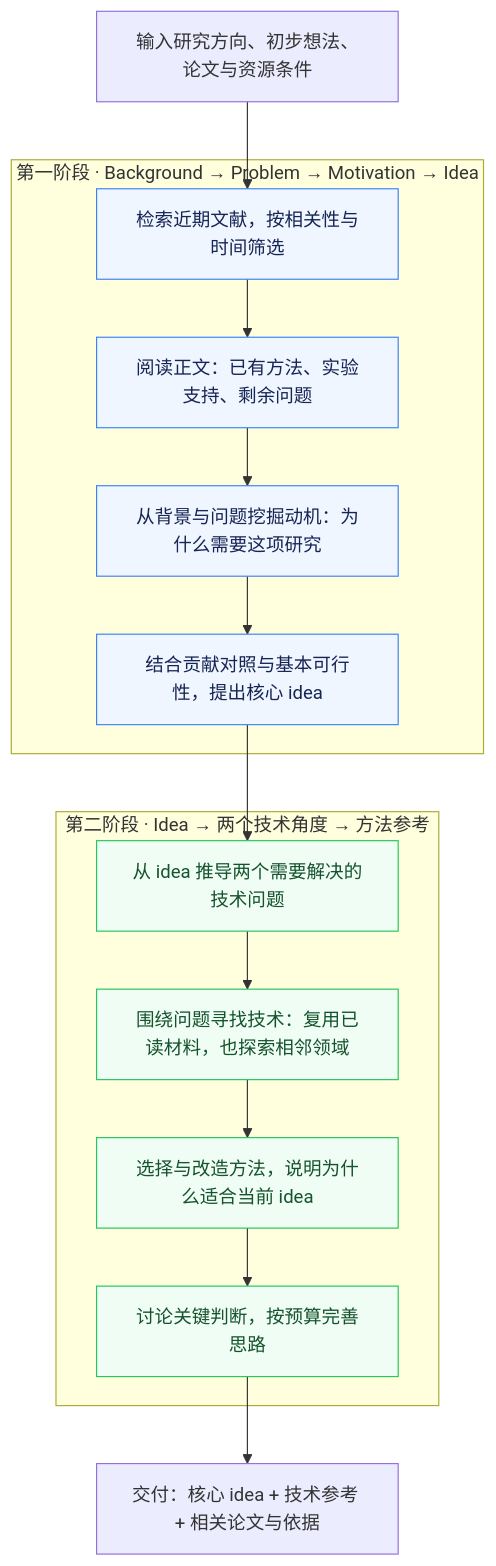
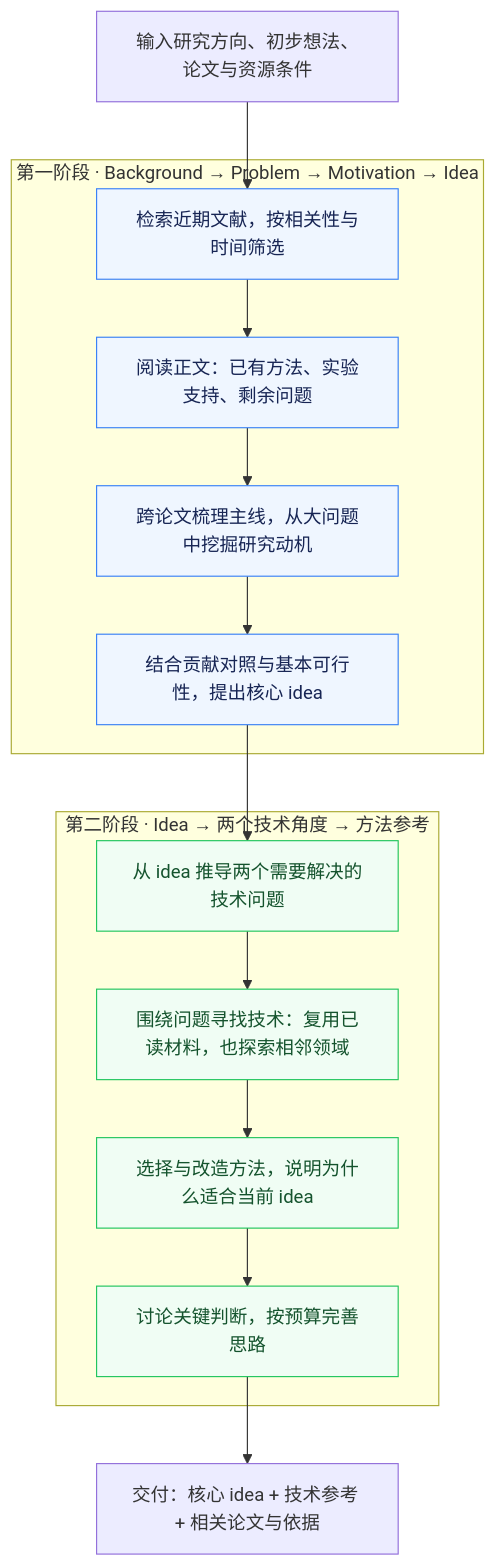
The diagram in README.md (ghh1125/Research-idea), drawn with Mermaid before and after one commit. The commit also changed other lines of this file and 18 other files, not shown here.

````diff
--- a/README.md
+++ b/README.md
@@ -27,26 +31,26 @@
 ```mermaid
 flowchart TD
     U["输入研究方向、初步想法、论文与资源条件"]
     subgraph S1["第一阶段 · Background → Problem → Motivation → Idea"]
         A["检索近期文献，按相关性与时间筛选"]
         B["阅读正文：已有方法、实验支持、剩余问题"]
-        C["从背景与问题挖掘动机：为什么需要这项研究"]
+        C["跨论文梳理主线，从大问题中挖掘研究动机"]
         D["结合贡献对照与基本可行性，提出核心 idea"]
         A --> B --> C --> D
     end
     subgraph S2["第二阶段 · Idea → 两个技术角度 → 方法参考"]
         E["从 idea 推导两个需要解决的技术问题"]
         F["围绕问题寻找技术：复用已读材料，也探索相邻领域"]
         G["选择与改造方法，说明为什么适合当前 idea"]
         H["讨论关键判断，按预算完善思路"]
         E --> F --> G --> H
     end
     O["交付：核心 idea + 技术参考 + 相关论文与依据"]
     U --> A
     D --> E
     H --> O
     classDef concept fill:#eff6ff,stroke:#3b82f6,color:#172554
     classDef design fill:#f0fdf4,stroke:#22c55e,color:#14532d
     class A,B,C,D concept
     class E,F,G,H design
 ```
````
